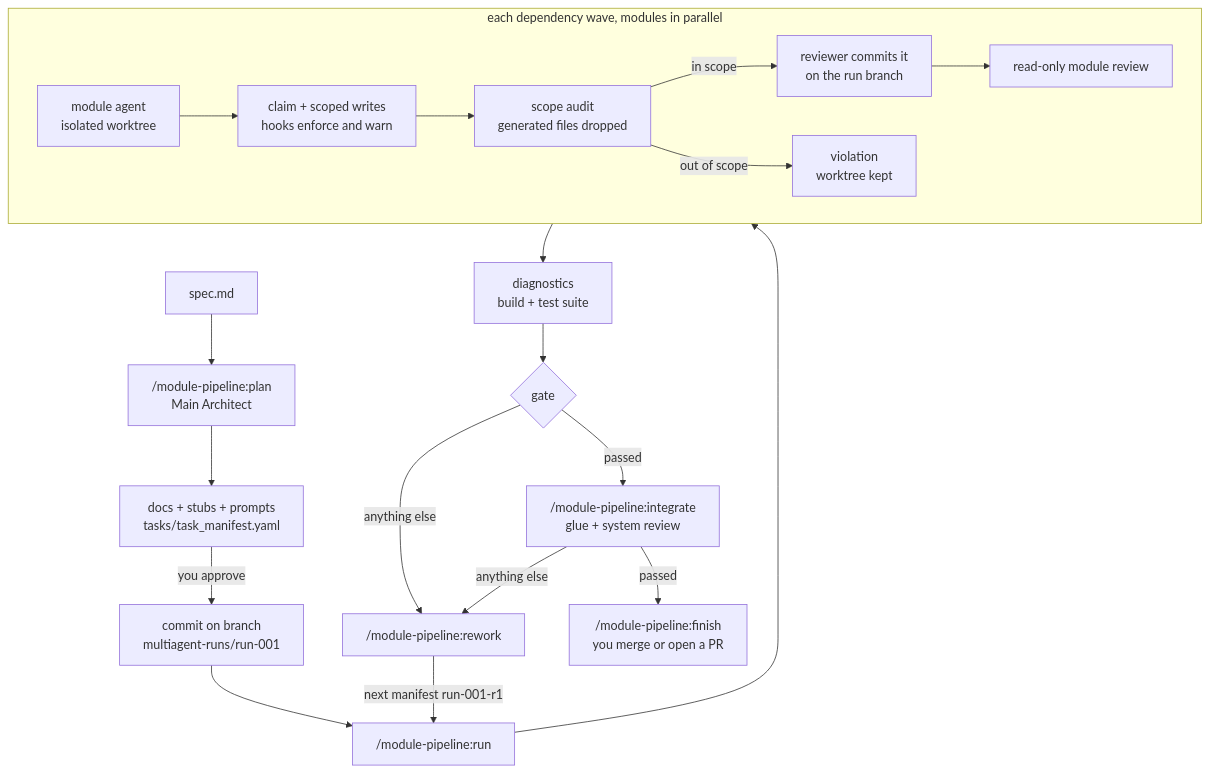
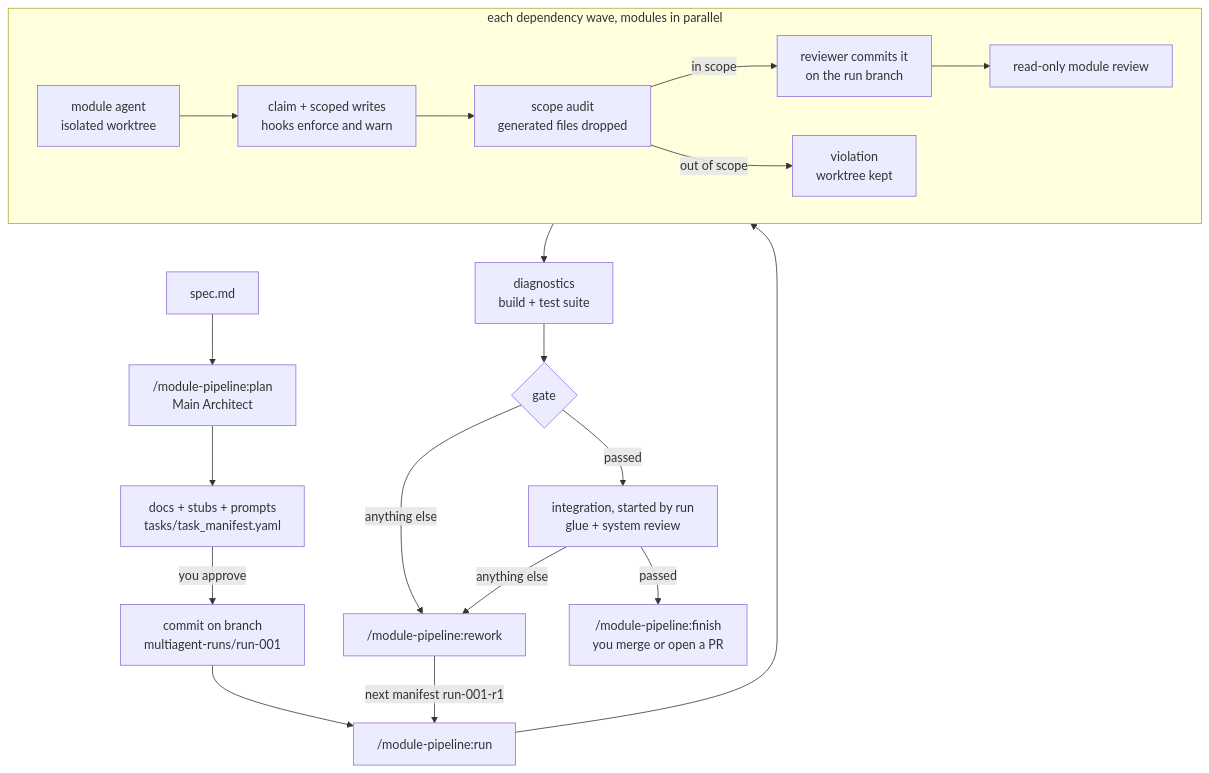
Before and after one commit to spardanviro/MultiAgentGameStudio: the diagram in README.md, drawn with Mermaid. The commit also changed other lines of this file and 10 other files, not shown here.

First line of the commit message:
feat: run goes on to the integration by itself when the module stage passes

````diff
--- a/README.md
+++ b/README.md
@@ -146,22 +146,22 @@
 ```mermaid
 flowchart TD
     S[spec.md] --> P["/module-pipeline:plan<br/>Main Architect"]
     P --> M[docs + stubs + prompts<br/>tasks/task_manifest.yaml]
     M -->|you approve| B[commit on branch<br/>multiagent-runs/run-001]
     B --> R["/module-pipeline:run"]
     subgraph wave [each dependency wave, modules in parallel]
         I[module agent<br/>isolated worktree] --> C[claim + scoped writes<br/>hooks enforce and warn]
         C --> A[scope audit<br/>generated files dropped]
         A -->|in scope| K[reviewer commits it<br/>on the run branch]
         A -->|out of scope| V[violation<br/>worktree kept]
         K --> RV[read-only module review]
     end
     R --> wave
     wave --> D[diagnostics<br/>build + test suite]
     D --> G{gate}
-    G -->|passed| INT["/module-pipeline:integrate<br/>glue + system review"]
+    G -->|passed| INT["integration, started by run<br/>glue + system review"]
     G -->|anything else| RW["/module-pipeline:rework"]
     INT -->|passed| MERGE["/module-pipeline:finish<br/>you merge or open a PR"]
     INT -->|anything else| RW
     RW -->|next manifest run-001-r1| R
 ```
````
